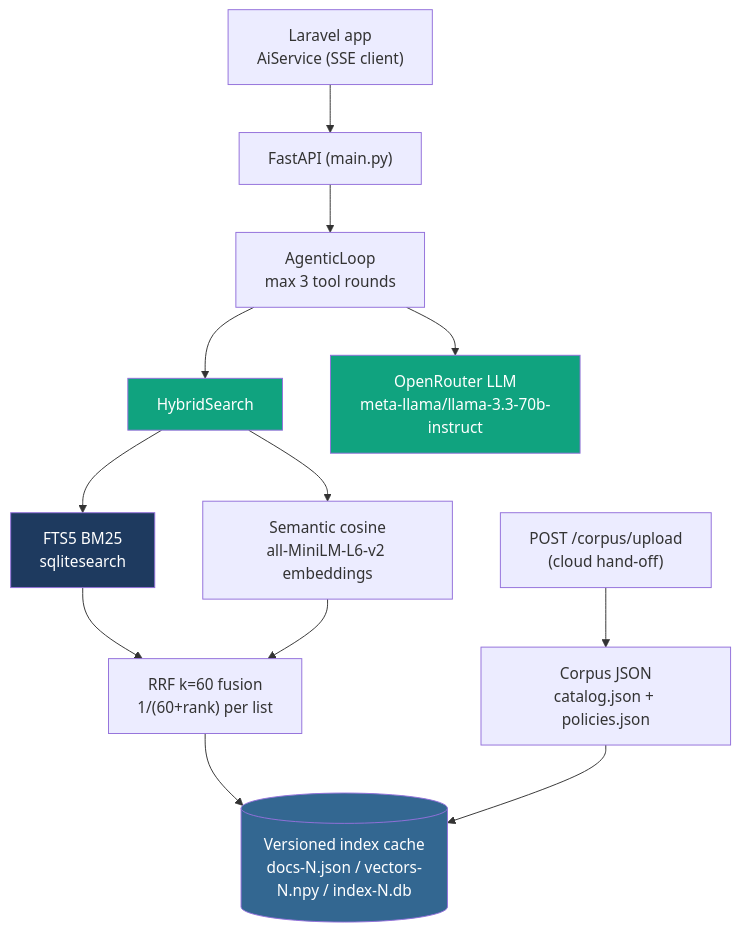
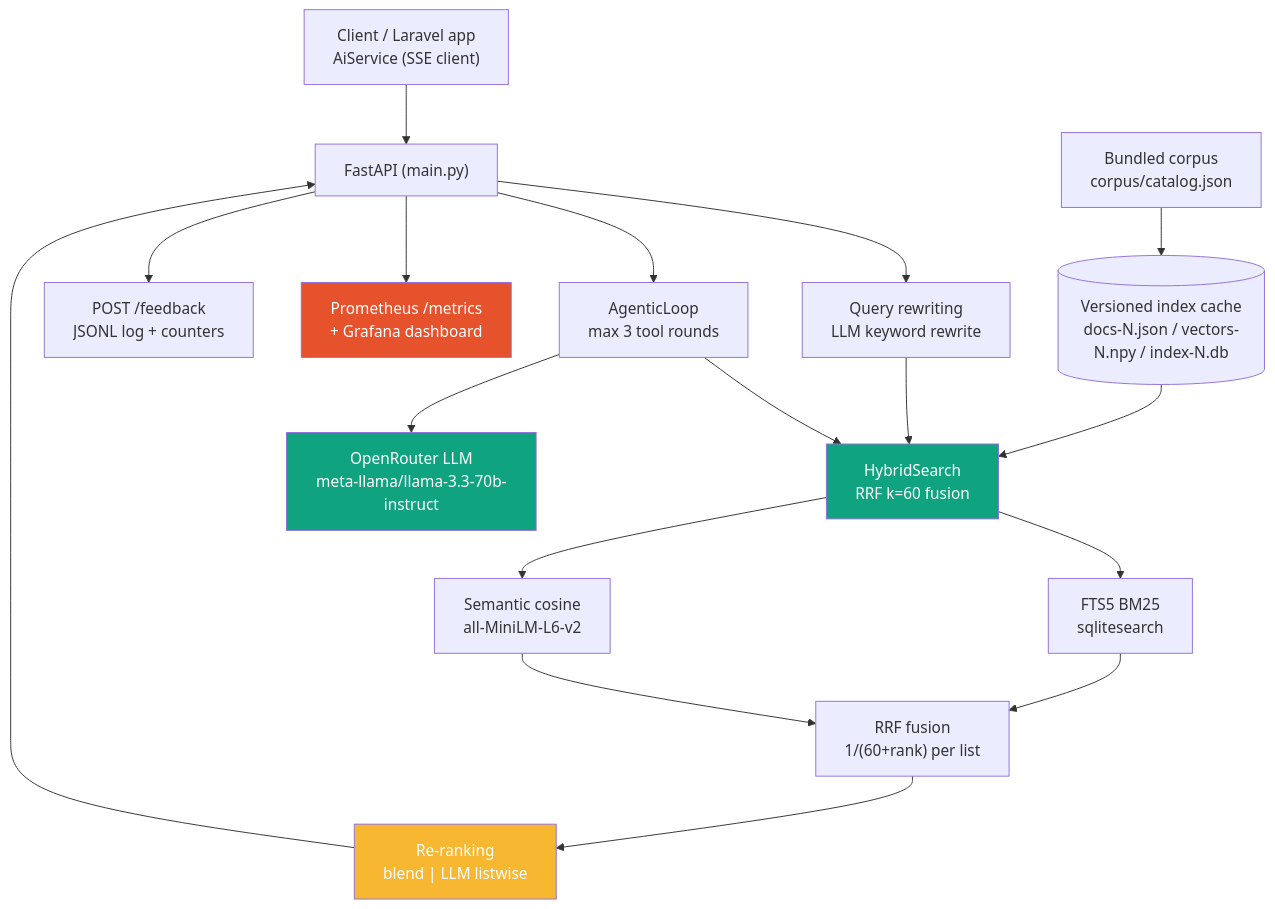
The diagram in README.md (PSergio984/ceit-ai-sidecar), drawn with Mermaid before and after one commit. The commit also changed other lines of this file and 28 other files, not shown here.

````diff
--- a/README.md
+++ b/README.md
@@ -148,31 +80,39 @@
 ```mermaid
 flowchart TD
-    Laravel["Laravel app<br/>AiService (SSE client)"]
+    Client["Client / Laravel app<br/>AiService (SSE client)"]
     API["FastAPI (main.py)"]
     Agent["AgenticLoop<br/>max 3 tool rounds"]
-    Hybrid["HybridSearch"]
+    Hybrid["HybridSearch<br/>RRF k=60 fusion"]
     BM25["FTS5 BM25<br/>sqlitesearch"]
-    Semantic["Semantic cosine<br/>all-MiniLM-L6-v2 embeddings"]
-    RRF["RRF k=60 fusion<br/>1/(60+rank) per list"]
+    Semantic["Semantic cosine<br/>all-MiniLM-L6-v2"]
+    RRF["RRF fusion<br/>1/(60+rank) per list"]
     LLM["OpenRouter LLM<br/>meta-llama/llama-3.3-70b-instruct"]
+    Rewrite["Query rewriting<br/>LLM keyword rewrite"]
+    Rerank["Re-ranking<br/>blend | LLM listwise"]
     Cache[("Versioned index cache<br/>docs-N.json / vectors-N.npy / index-N.db")]
-    Corpus["Corpus JSON<br/>catalog.json + policies.json"]
-    Upload["POST /corpus/upload<br/>(cloud hand-off)"]
+    Corpus["Bundled corpus<br/>corpus/catalog.json"]
+    Metrics["Prometheus /metrics<br/>+ Grafana dashboard"]
+    Feedback["POST /feedback<br/>JSONL log + counters"]
 
-    Laravel --> API
-    API --> Agent
-    Agent --> Hybrid
+    Client --> API
+    API --> Rewrite
+    Rewrite --> Hybrid
     Hybrid --> BM25
     Hybrid --> Semantic
     BM25 --> RRF
     Semantic --> RRF
+    RRF --> Rerank
+    Rerank --> API
+    API --> Agent
+    Agent --> Hybrid
     Agent --> LLM
-    RRF --> Cache
+    Cache --> Hybrid
     Corpus --> Cache
-    Upload --> Corpus
+    API --> Metrics
+    API --> Feedback
 
     style Hybrid fill:#10a37f,color:#fff
     style LLM fill:#10a37f,color:#fff
-    style Cache fill:#336791,color:#fff
-    style BM25 fill:#1e3a5f,color:#fff
+    style Metrics fill:#e6522c,color:#fff
+    style Rerank fill:#f7b731,color:#fff
 ```
````
